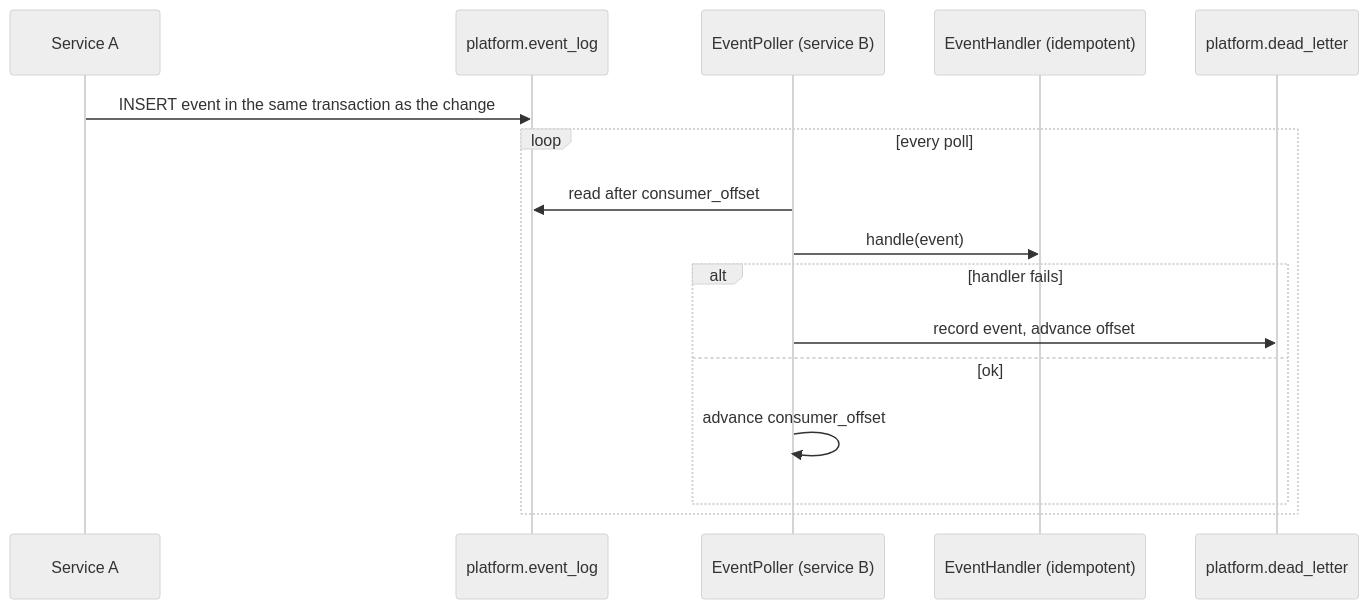
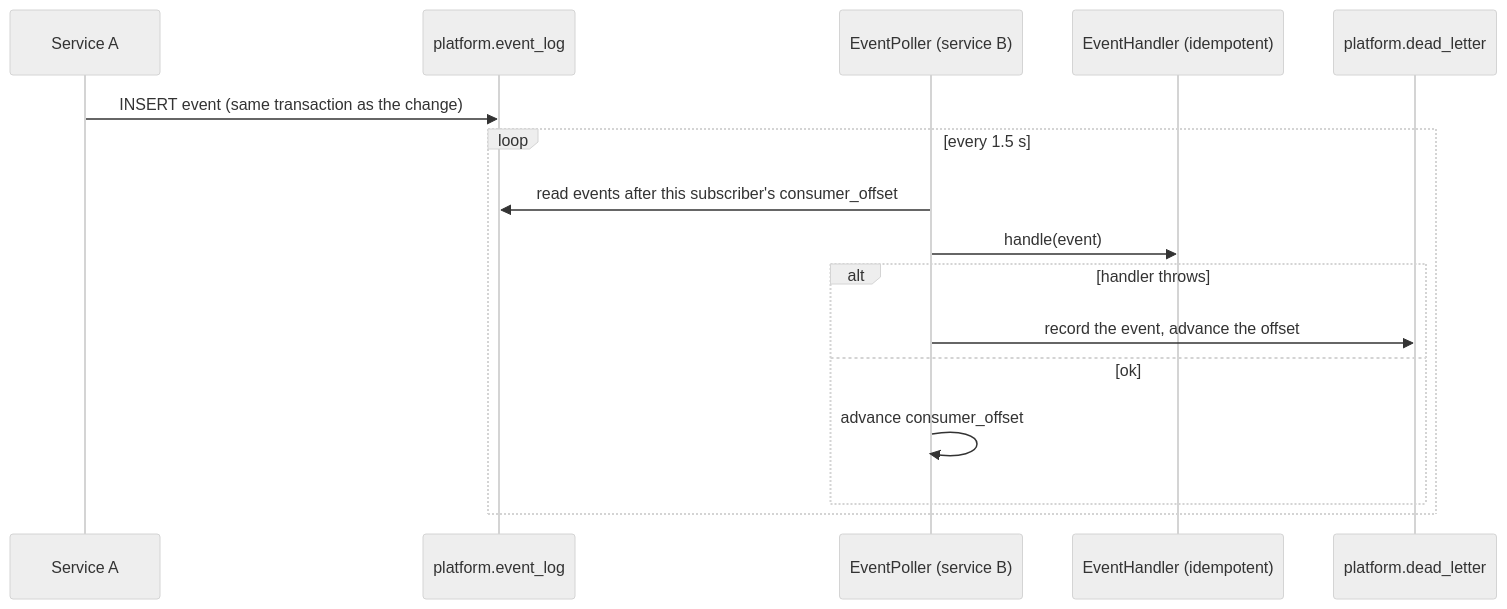
The fourth of 19 diagrams in docs/architecture/LLD.md (lucky1ravi/property), drawn with Mermaid (neutral theme) before and after one commit. The commit also changed other lines of this file and 47 other files, not shown here.

````diff
--- a/docs/architecture/LLD.md
+++ b/docs/architecture/LLD.md
@@ -38,18 +74,18 @@
 ```mermaid
 sequenceDiagram
   participant A as Service A
   participant L as platform.event_log
   participant P as EventPoller (service B)
   participant H as EventHandler (idempotent)
   participant DL as platform.dead_letter
-  A->>L: INSERT event in the same transaction as the change
-  loop every poll
-    P->>L: read after consumer_offset
+  A->>L: INSERT event (same transaction as the change)
+  loop every 1.5 s
+    P->>L: read events after this subscriber's consumer_offset
     P->>H: handle(event)
-    alt handler fails
-      P->>DL: record event, advance offset
+    alt handler throws
+      P->>DL: record the event, advance the offset
     else ok
       P->>P: advance consumer_offset
     end
   end
 ```
````
